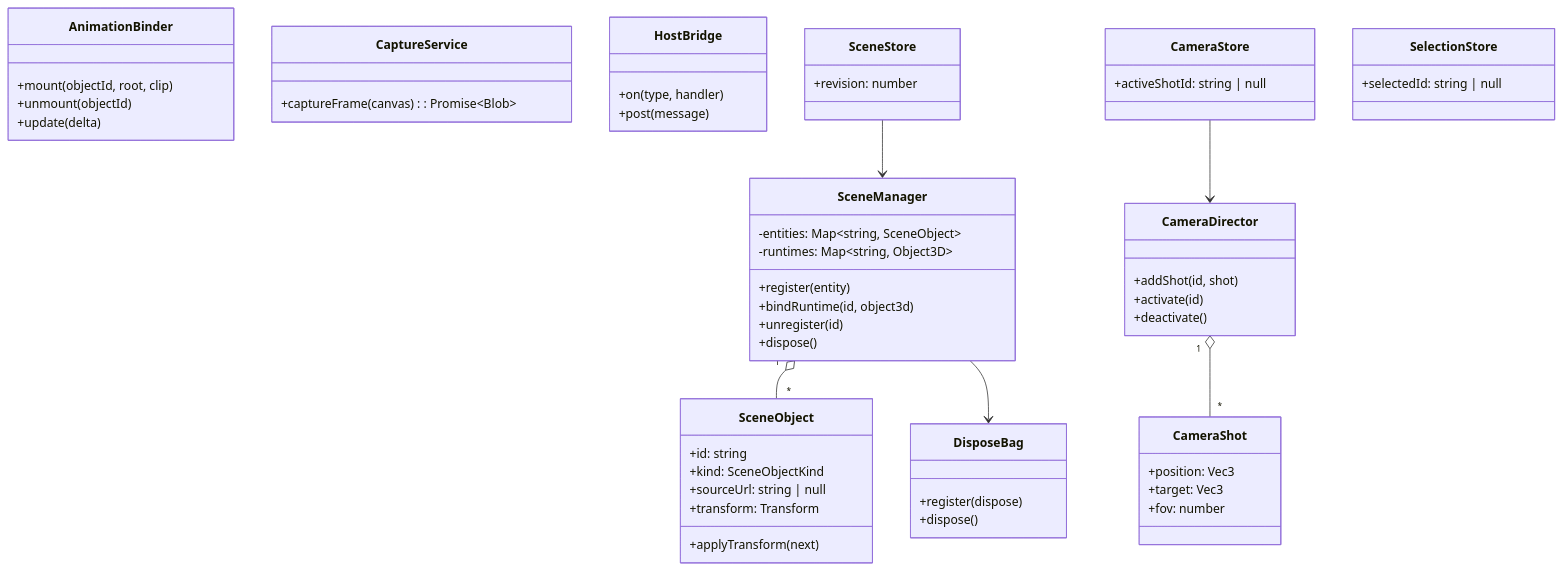
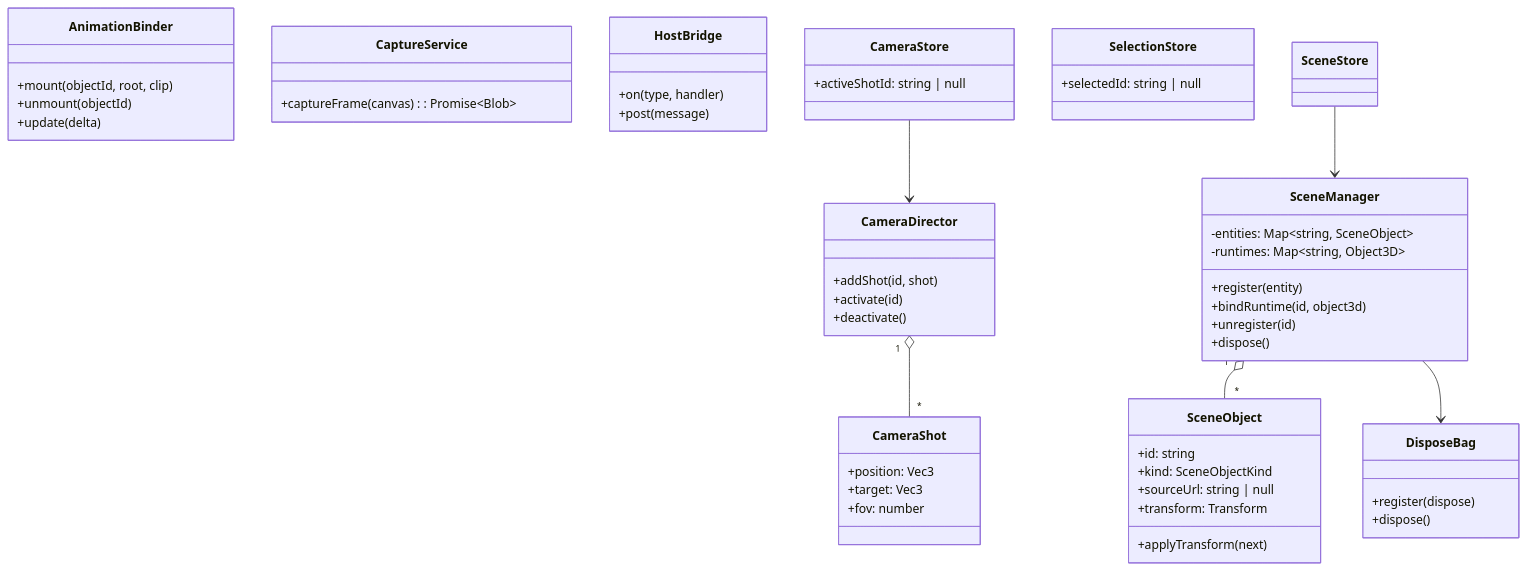
Before and after one commit to amwyygyuge/3d-director-desk: the diagram in docs/phase1-design.md, drawn with Mermaid. The commit also changed 38 other files, not shown here.

````diff
--- a/docs/phase1-design.md
+++ b/docs/phase1-design.md
@@ -31,53 +31,52 @@
 ```mermaid
 classDiagram
     class SceneManager {
         -entities: Map~string, SceneObject~
         -runtimes: Map~string, Object3D~
         +register(entity)
         +bindRuntime(id, object3d)
         +unregister(id)
         +dispose()
     }
     class SceneObject {
         +id: string
         +kind: SceneObjectKind
         +sourceUrl: string | null
         +transform: Transform
         +applyTransform(next)
     }
     class DisposeBag {
         +register(dispose)
         +dispose()
     }
     class CameraDirector {
         +addShot(id, shot)
         +activate(id)
         +deactivate()
     }
     class CameraShot {
         +position: Vec3
         +target: Vec3
         +fov: number
     }
     class AnimationBinder {
         +mount(objectId, root, clip)
         +unmount(objectId)
         +update(delta)
     }
     class CaptureService {
         +captureFrame(canvas): Promise~Blob~
     }
     class HostBridge {
         +on(type, handler)
         +post(message)
     }
-    class SceneStore { +revision: number }
     class CameraStore { +activeShotId: string | null }
     class SelectionStore { +selectedId: string | null }
 
     SceneManager "1" o-- "*" SceneObject
     SceneManager --> DisposeBag
     CameraDirector "1" o-- "*" CameraShot
     SceneStore --> SceneManager
     CameraStore --> CameraDirector
 ```
````
